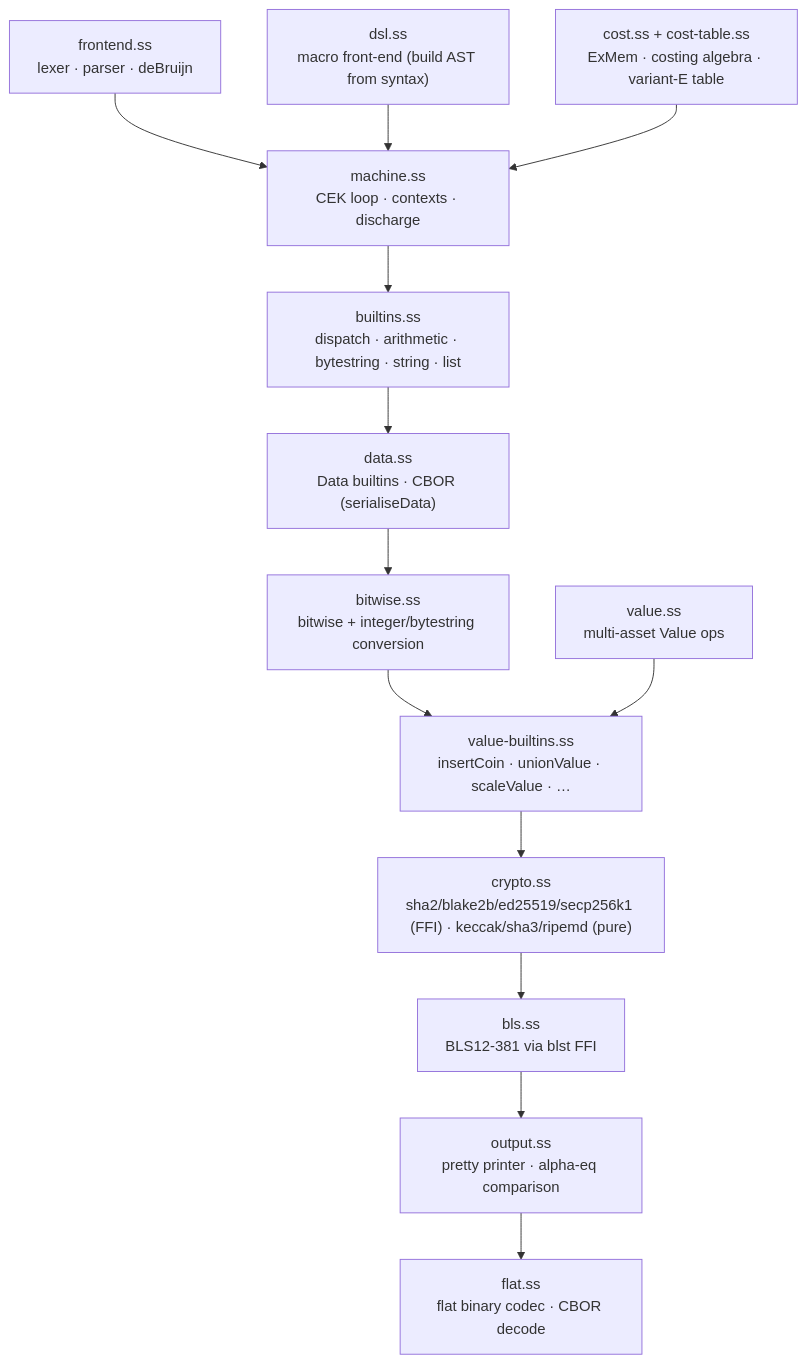
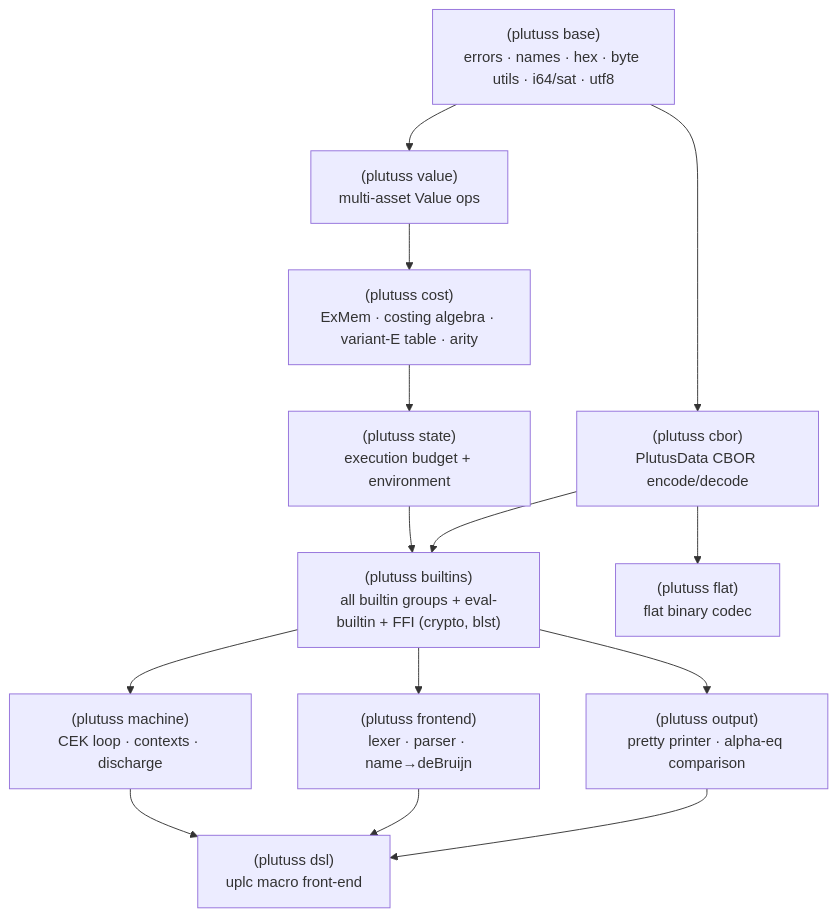
One commit to SeungheonOh/plutuss changed the second of 2 diagrams in README.md. Above: the diagram before and after it, drawn with Mermaid. The commit also changed other lines of this file and 31 other files, not shown here.

````diff
--- a/README.md
+++ b/README.md
@@ -141,23 +158,20 @@
 ```mermaid
 flowchart TB
-  frontend["frontend.ss<br/>lexer · parser · deBruijn"]
-  dsl["dsl.ss<br/>macro front-end (build AST from syntax)"]
-  value["value.ss<br/>multi-asset Value ops"]
-  cost["cost.ss + cost-table.ss<br/>ExMem · costing algebra · variant-E table"]
-  machine["machine.ss<br/>CEK loop · contexts · discharge"]
-  builtins["builtins.ss<br/>dispatch · arithmetic · bytestring · string · list"]
-  data["data.ss<br/>Data builtins · CBOR (serialiseData)"]
-  bitwise["bitwise.ss<br/>bitwise + integer/bytestring conversion"]
-  vbi["value-builtins.ss<br/>insertCoin · unionValue · scaleValue · …"]
-  crypto["crypto.ss<br/>sha2/blake2b/ed25519/secp256k1 (FFI) · keccak/sha3/ripemd (pure)"]
-  bls["bls.ss<br/>BLS12-381 via blst FFI"]
-  output["output.ss<br/>pretty printer · alpha-eq comparison"]
-  flat["flat.ss<br/>flat binary codec · CBOR decode"]
+  base["(plutuss base)<br/>errors · names · hex · byte utils · i64/sat · utf8"]
+  value["(plutuss value)<br/>multi-asset Value ops"]
+  cbor["(plutuss cbor)<br/>PlutusData CBOR encode/decode"]
+  cost["(plutuss cost)<br/>ExMem · costing algebra · variant-E table · arity"]
+  state["(plutuss state)<br/>execution budget + environment"]
+  builtins["(plutuss builtins)<br/>all builtin groups + eval-builtin + FFI (crypto, blst)"]
+  machine["(plutuss machine)<br/>CEK loop · contexts · discharge"]
+  frontend["(plutuss frontend)<br/>lexer · parser · name→deBruijn"]
+  output["(plutuss output)<br/>pretty printer · alpha-eq comparison"]
+  flat["(plutuss flat)<br/>flat binary codec"]
+  dsl["(plutuss dsl)<br/>uplc macro front-end"]
 
-  frontend --> machine
-  dsl --> machine
-  cost --> machine
-  machine --> builtins
-  builtins --> data --> bitwise --> vbi --> crypto --> bls --> output --> flat
-  value --> vbi
+  base --> value --> cost --> state --> builtins --> machine --> dsl
+  base --> cbor --> builtins
+  builtins --> frontend --> dsl
+  builtins --> output --> dsl
+  cbor --> flat
 ```
````
